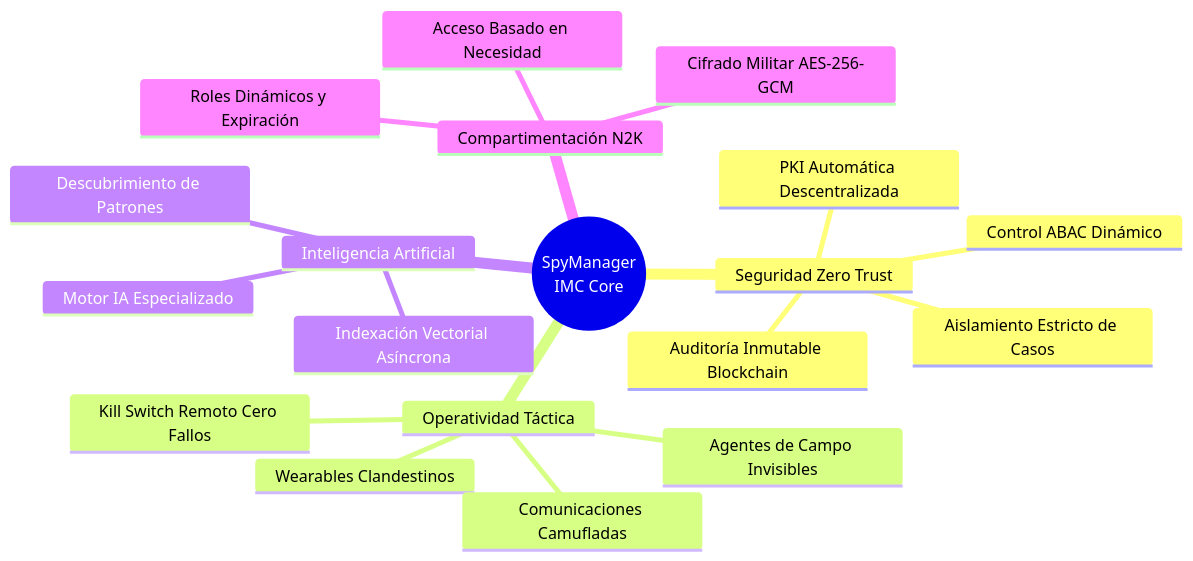
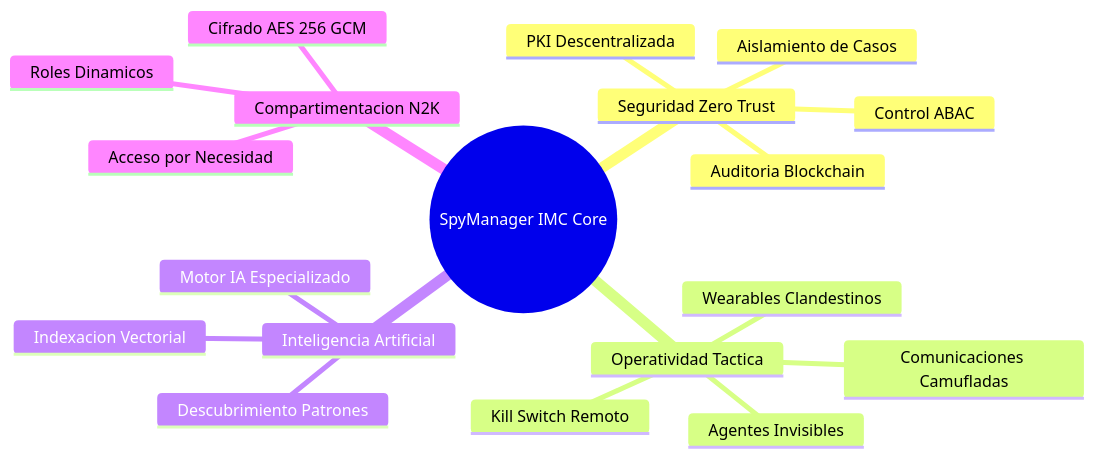
The first of 3 diagrams in README.md (murdok1982/SpyManager), drawn with Mermaid before and after one commit. The commit also changed other lines of this file, not shown here.

Commit message:
fix: Corregir sintaxis de Mermaid en README.md para renderizado correcto

````diff
--- a/README.md
+++ b/README.md
@@ -47,22 +47,22 @@
 ```mermaid
 mindmap
-  root((SpyManager<br/>IMC Core))
+  root((SpyManager IMC Core))
     Seguridad Zero Trust
-      PKI Automática Descentralizada
-      Control ABAC Dinámico
-      Auditoría Inmutable Blockchain
-      Aislamiento Estricto de Casos
-    Operatividad Táctica
-      Agentes de Campo Invisibles
+      PKI Descentralizada
+      Control ABAC
+      Auditoria Blockchain
+      Aislamiento de Casos
+    Operatividad Tactica
+      Agentes Invisibles
       Wearables Clandestinos
-      Kill Switch Remoto Cero Fallos
+      Kill Switch Remoto
       Comunicaciones Camufladas
     Inteligencia Artificial
       Motor IA Especializado
-      Indexación Vectorial Asíncrona
-      Descubrimiento de Patrones
-    Compartimentación N2K
-      Cifrado Militar AES-256-GCM
-      Roles Dinámicos y Expiración
-      Acceso Basado en Necesidad
+      Indexacion Vectorial
+      Descubrimiento Patrones
+    Compartimentacion N2K
+      Cifrado AES 256 GCM
+      Roles Dinamicos
+      Acceso por Necesidad
 ```
````
